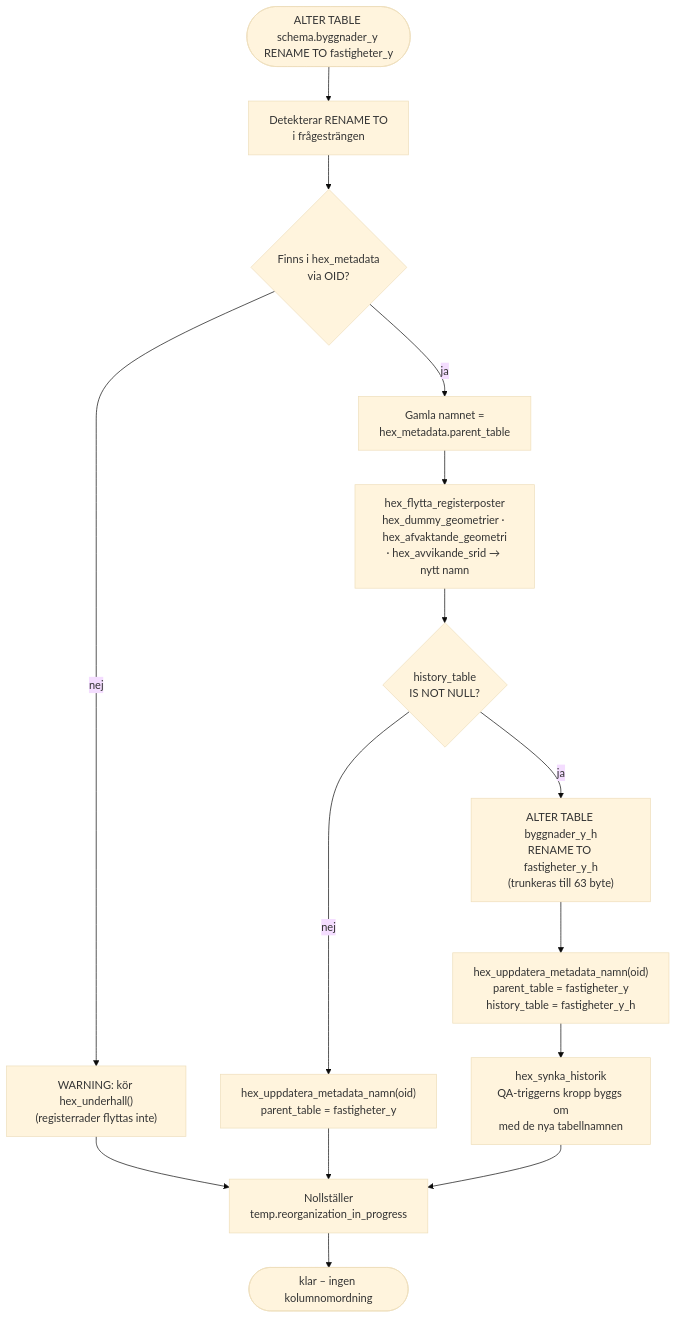
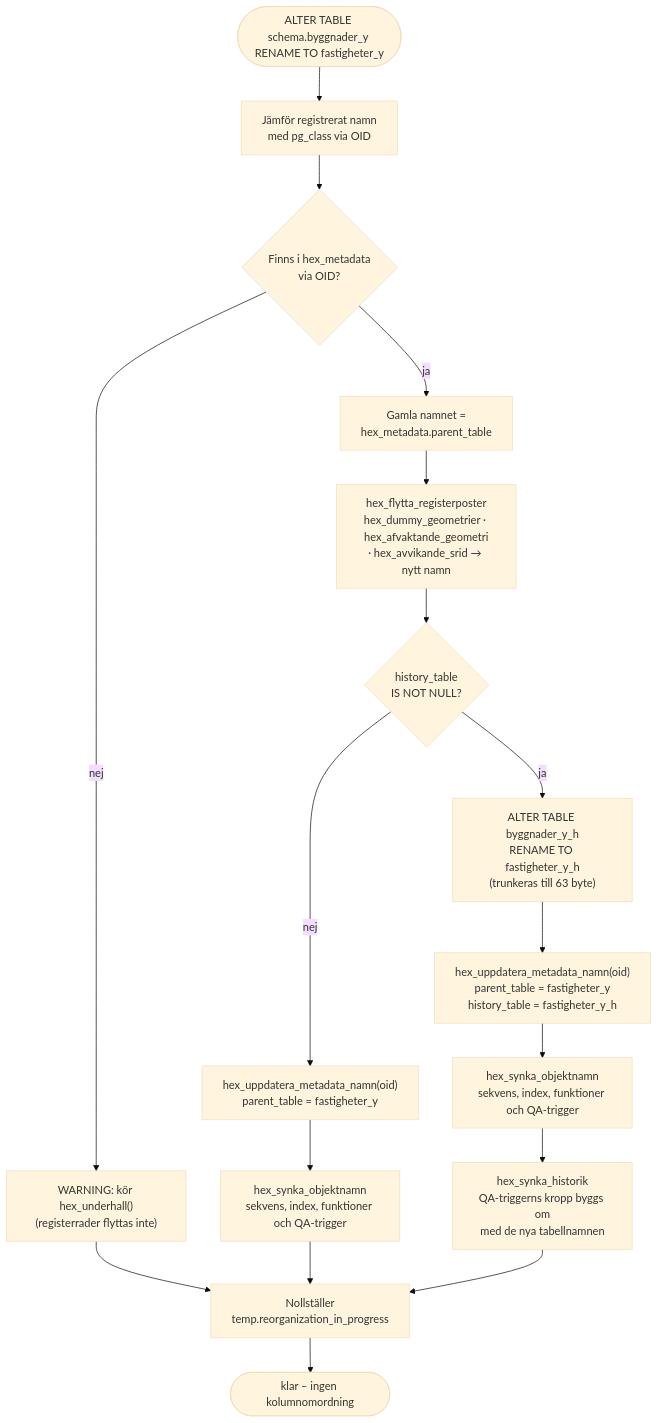
Before and after one commit to Geodata-Kungsbacka/Hex: the fifth of 9 diagrams in LOGIC_MAP.md, drawn with Mermaid (base theme). The commit also changed other lines of this file and 5 other files, not shown here.

````diff
--- a/LOGIC_MAP.md
+++ b/LOGIC_MAP.md
@@ -734,18 +734,20 @@
 ```mermaid
 flowchart TD
     START(["ALTER TABLE schema.byggnader_y RENAME TO fastigheter_y"])
-    START --> DET["Detekterar RENAME TO<br/>i frågesträngen"]
+    START --> DET["Jämför registrerat namn<br/>med pg_class via OID"]
     DET --> OID{"Finns i hex_metadata<br/>via OID?"}
     OID --> |ja| GAML["Gamla namnet =<br/>hex_metadata.parent_table"]
     OID --> |nej| WARN["WARNING: kör hex_underhall()<br/>(registerrader flyttas inte)"]
     WARN --> FLAG
     GAML --> FLYTT["hex_flytta_registerposter<br/>hex_dummy_geometrier · hex_afvaktande_geometri<br/>· hex_avvikande_srid → nytt namn"]
     FLYTT --> HIST{"history_table<br/>IS NOT NULL?"}
     HIST --> |nej| UPD0["hex_uppdatera_metadata_namn(oid)<br/>parent_table = fastigheter_y"]
-    UPD0 --> FLAG
+    UPD0 --> NAMN["hex_synka_objektnamn<br/>sekvens, index, funktioner och QA-trigger"]
+    NAMN --> FLAG
     HIST --> |ja| REN["ALTER TABLE byggnader_y_h<br/>RENAME TO fastigheter_y_h<br/>(trunkeras till 63 byte)"]
     REN --> UPD["hex_uppdatera_metadata_namn(oid)<br/>parent_table = fastigheter_y<br/>history_table = fastigheter_y_h"]
-    UPD --> SYNK["hex_synka_historik<br/>QA-triggerns kropp byggs om<br/>med de nya tabellnamnen"]
+    UPD --> NAMNH["hex_synka_objektnamn<br/>sekvens, index, funktioner och QA-trigger"]
+    NAMNH --> SYNK["hex_synka_historik<br/>QA-triggerns kropp byggs om<br/>med de nya tabellnamnen"]
     SYNK --> FLAG["Nollställer<br/>temp.reorganization_in_progress"]
     FLAG --> DONE(["klar – ingen kolumnomordning"])
 ```
````
